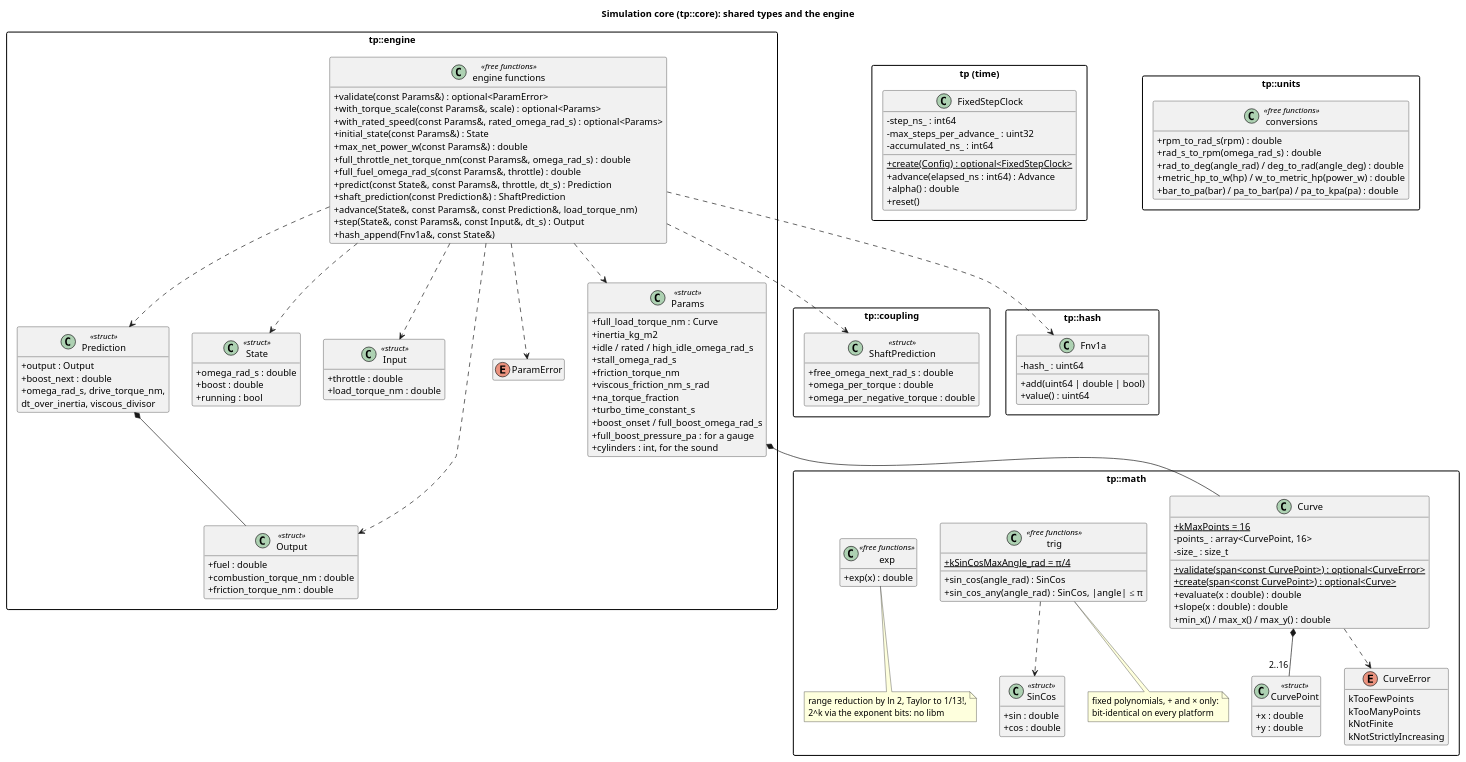
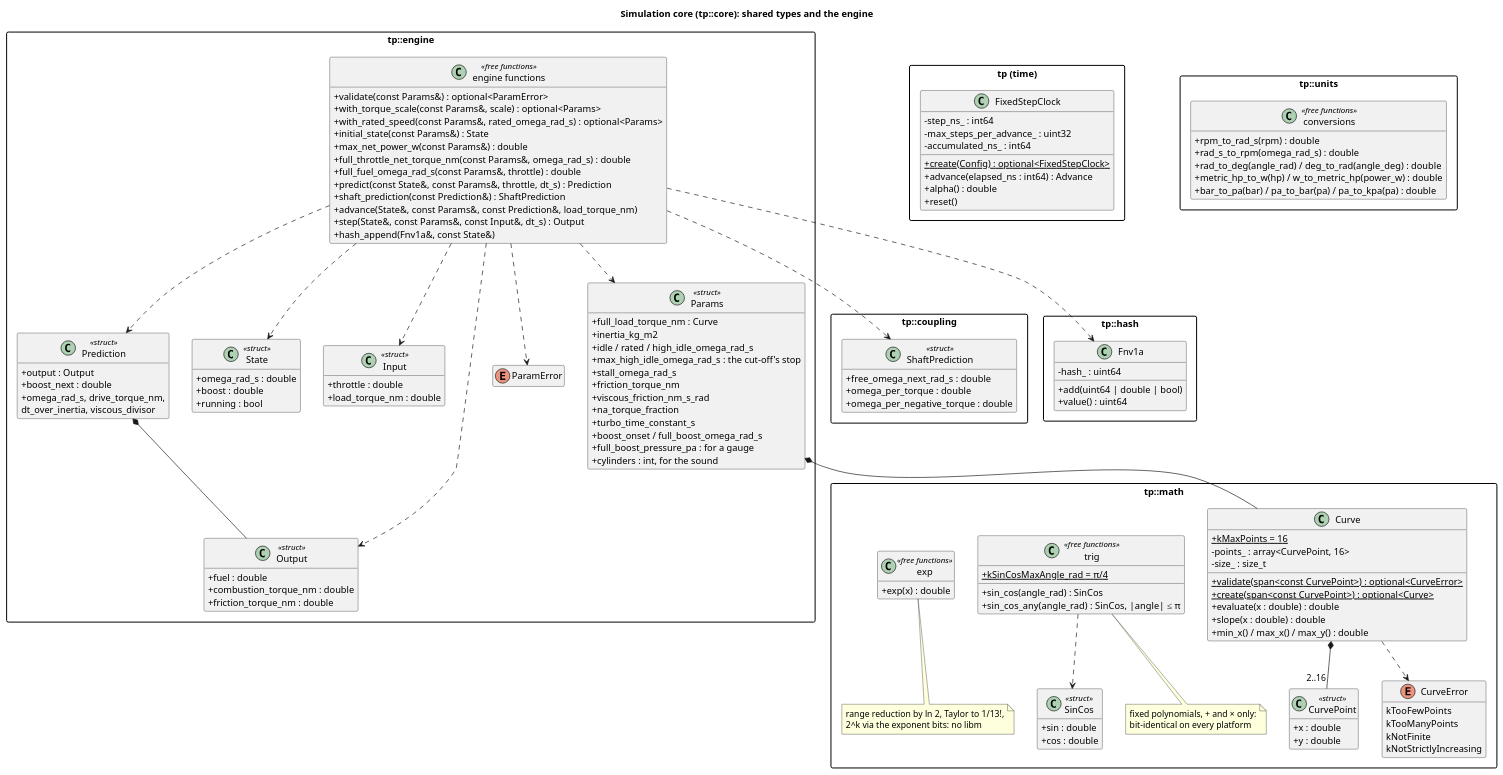
One commit to wversteeg/TractorPulling changed the diagram in docs/diagrams/core_classes.puml. Above: the diagram before and after it, drawn with PlantUML. The commit also changed 35 other files, not shown here.

```diff
--- a/docs/diagrams/core_classes.puml
+++ b/docs/diagrams/core_classes.puml
@@ -1,154 +1,155 @@
 @startuml core_classes
 title Simulation core (tp::core): shared types and the engine
 hide empty members
 skinparam packageStyle rectangle
 skinparam classAttributeIconSize 0
 
   package "tp::coupling" {
     class ShaftPrediction <<struct>> {
       +free_omega_next_rad_s : double
       +omega_per_torque : double
       +omega_per_negative_torque : double
     }
   }
 
   package "tp::math" {
     class CurvePoint <<struct>> {
       +x : double
       +y : double
     }
     enum CurveError {
       kTooFewPoints
       kTooManyPoints
       kNotFinite
       kNotStrictlyIncreasing
     }
     class Curve {
       +{static} kMaxPoints = 16
       -points_ : array<CurvePoint, 16>
       -size_ : size_t
       +{static} validate(span<const CurvePoint>) : optional<CurveError>
       +{static} create(span<const CurvePoint>) : optional<Curve>
       +evaluate(x : double) : double
       +slope(x : double) : double
       +min_x() / max_x() / max_y() : double
     }
     Curve *-- "2..16" CurvePoint
     Curve ..> CurveError
     class SinCos <<struct>> {
       +sin : double
       +cos : double
     }
     class "trig" as Trig <<free functions>> {
       +{static} kSinCosMaxAngle_rad = π/4
       +sin_cos(angle_rad) : SinCos
       +sin_cos_any(angle_rad) : SinCos, |angle| ≤ π
     }
     Trig ..> SinCos
     note bottom of Trig
       fixed polynomials, + and × only:
       bit-identical on every platform
     end note
     class "exp" as Exp <<free functions>> {
       +exp(x) : double
     }
     note bottom of Exp
       range reduction by ln 2, Taylor to 1/13!,
       2^k via the exponent bits: no libm
     end note
   }
 
   package "tp::engine" {
     class Params <<struct>> {
       +full_load_torque_nm : Curve
       +inertia_kg_m2
       +idle / rated / high_idle_omega_rad_s
+      +max_high_idle_omega_rad_s : the cut-off's stop
       +stall_omega_rad_s
       +friction_torque_nm
       +viscous_friction_nm_s_rad
       +na_torque_fraction
       +turbo_time_constant_s
       +boost_onset / full_boost_omega_rad_s
       +full_boost_pressure_pa : for a gauge
       +cylinders : int, for the sound
     }
     class State <<struct>> {
       +omega_rad_s : double
       +boost : double
       +running : bool
     }
     class Input <<struct>> {
       +throttle : double
       +load_torque_nm : double
     }
     class Output <<struct>> {
       +fuel : double
       +combustion_torque_nm : double
       +friction_torque_nm : double
     }
     enum ParamError
     class Prediction <<struct>> {
       +output : Output
       +boost_next : double
       +omega_rad_s, drive_torque_nm,
        dt_over_inertia, viscous_divisor
     }
     class "engine functions" as EngineFns <<free functions>> {
       +validate(const Params&) : optional<ParamError>
       +with_torque_scale(const Params&, scale) : optional<Params>
       +with_rated_speed(const Params&, rated_omega_rad_s) : optional<Params>
       +initial_state(const Params&) : State
       +max_net_power_w(const Params&) : double
       +full_throttle_net_torque_nm(const Params&, omega_rad_s) : double
       +full_fuel_omega_rad_s(const Params&, throttle) : double
       +predict(const State&, const Params&, throttle, dt_s) : Prediction
       +shaft_prediction(const Prediction&) : ShaftPrediction
       +advance(State&, const Params&, const Prediction&, load_torque_nm)
       +step(State&, const Params&, const Input&, dt_s) : Output
       +hash_append(Fnv1a&, const State&)
     }
     Prediction *-- Output
     EngineFns ..> Prediction
     Params *-- Curve
     EngineFns ..> Params
     EngineFns ..> State
     EngineFns ..> Input
     EngineFns ..> Output
     EngineFns ..> ParamError
   }
 
 
   EngineFns ..> ShaftPrediction
 
   package "tp::hash" {
     class Fnv1a {
       -hash_ : uint64
       +add(uint64 | double | bool)
       +value() : uint64
     }
   }
   EngineFns ..> Fnv1a
 
   package "tp (time)" {
     class FixedStepClock {
       -step_ns_ : int64
       -max_steps_per_advance_ : uint32
       -accumulated_ns_ : int64
       +{static} create(Config) : optional<FixedStepClock>
       +advance(elapsed_ns : int64) : Advance
       +alpha() : double
       +reset()
     }
   }
 
   package "tp::units" {
     class "conversions" as Units <<free functions>> {
       +rpm_to_rad_s(rpm) : double
       +rad_s_to_rpm(omega_rad_s) : double
       +rad_to_deg(angle_rad) / deg_to_rad(angle_deg) : double
       +metric_hp_to_w(hp) / w_to_metric_hp(power_w) : double
       +bar_to_pa(bar) / pa_to_bar(pa) / pa_to_kpa(pa) : double
     }
   }
 
 @enduml
```
